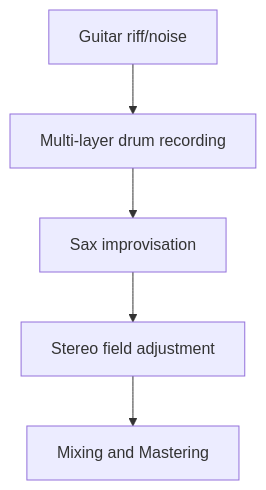
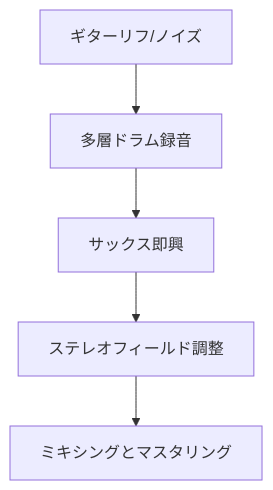
Before and after one commit to monumental-movement/monumental-movement.github.io: the ninth of 18 diagrams in en/_posts/2025-11-22-column-butthole-surfers.md, drawn with Mermaid. The commit also changed other lines of this file and 2196 other files, not shown here.

```diff
--- a/en/_posts/2025-11-22-column-butthole-surfers.md
+++ b/en/_posts/2025-11-22-column-butthole-surfers.md
@@ -243,7 +242,7 @@
 <div class="mermaid">
 flowchart TD
-    A["Guitar riff/noise"] --> B["Multi-layer drum recording"]
-    B --> C["Sax improvisation"]
-    C --> D["Stereo field adjustment"]
-    D --> E["Mixing and Mastering"]
+    A["ギターリフ/ノイズ"] --> B["多層ドラム録音"]
+    B --> C["サックス即興"]
+    C --> D["ステレオフィールド調整"]
+    D --> E["ミキシングとマスタリング"]
 </div>
```
